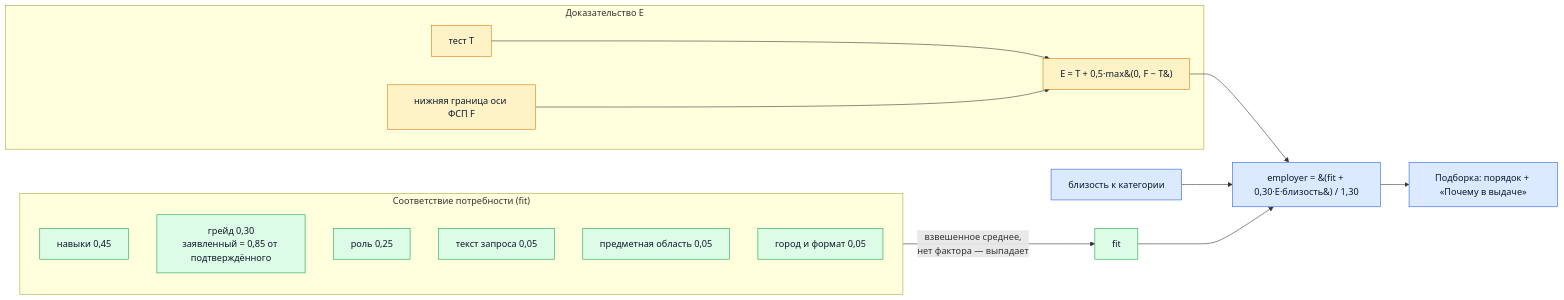
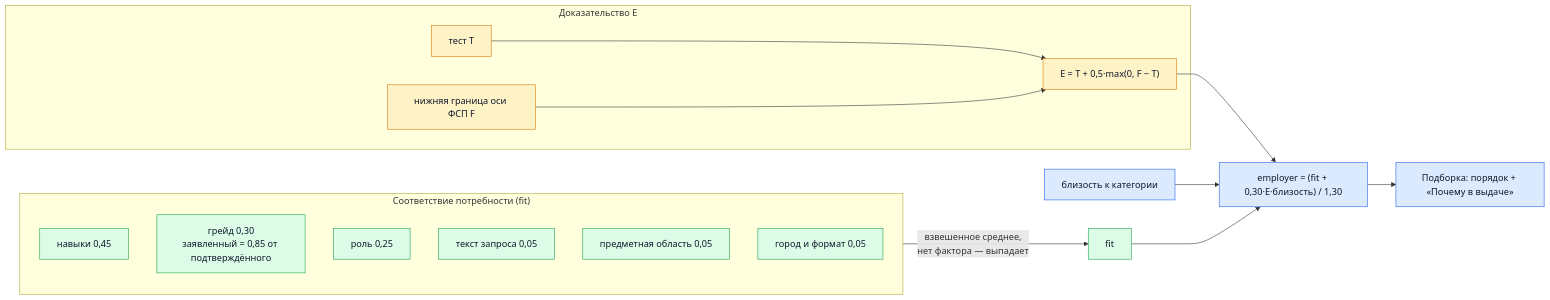
Before and after one commit to KonkovDV/fsp-talent: the fourth of 4 diagrams in ARCHITECTURE.md, drawn with Mermaid. The commit also changed other lines of this file and 165 other files, not shown here.

````diff
--- a/ARCHITECTURE.md
+++ b/ARCHITECTURE.md
@@ -116,27 +116,27 @@
 ```mermaid
 flowchart LR
   subgraph FIT["Соответствие потребности (fit)"]
     SK[навыки 0,45]:::core
     GR[грейд 0,30<br/>заявленный = 0,85 от подтверждённого]:::core
     RO[роль 0,25]:::core
     TX[текст запроса 0,05]:::core
     IN[предметная область 0,05]:::core
     CO[город и формат 0,05]:::core
   end
   subgraph EVD["Доказательство E"]
     TE[тест T]:::data
     FS[нижняя граница оси ФСП F]:::data
-    TE --> EE["E = T + 0,5·max&#40;0, F − T&#41;"]:::data
+    TE --> EE["E = T + 0,5·max(0, F − T)"]:::data
     FS --> EE
   end
   FIT -->|"взвешенное среднее,<br/>нет фактора — выпадает"| FT[fit]:::core
   EE --> SC
   PX[близость к категории]:::ui --> SC
-  FT --> SC["employer = &#40;fit + 0,30·E·близость&#41; / 1,30"]:::ui
+  FT --> SC["employer = (fit + 0,30·E·близость) / 1,30"]:::ui
   SC --> OUT[Подборка: порядок + «Почему в выдаче»]:::ui
   classDef ui fill:#dbeafe,stroke:#2563eb,color:#0f172a
   classDef core fill:#dcfce7,stroke:#16a34a,color:#0f172a
   classDef data fill:#fef3c7,stroke:#d97706,color:#0f172a
   classDef ext fill:#f3e8ff,stroke:#9333ea,color:#0f172a,stroke-dasharray:4 3
   classDef warn fill:#fee2e2,stroke:#dc2626,color:#0f172a
 ```
````
